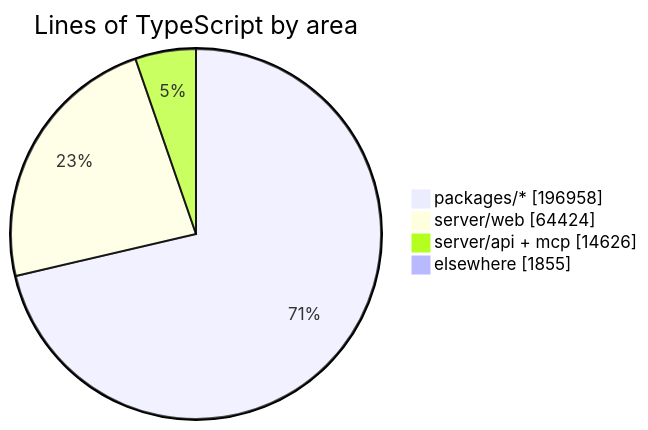
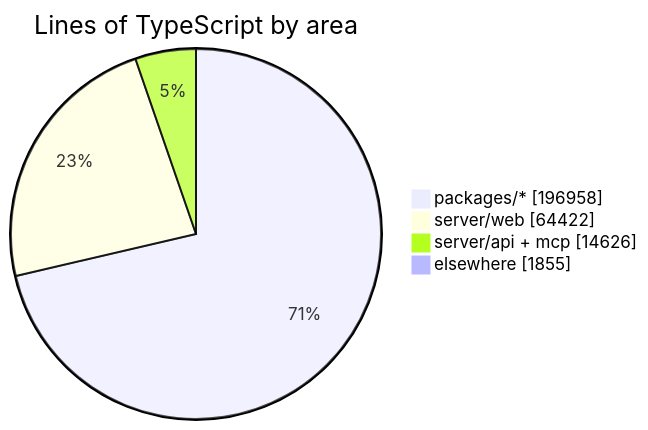
One commit to crossworks-engineering/mantle changed the diagram in README.md. Above: the diagram before and after it, drawn with Mermaid. The commit also changed other lines of this file and 2 other files, not shown here.

````diff
--- a/README.md
+++ b/README.md
@@ -287,7 +287,7 @@
 ```mermaid
 pie showData title Lines of TypeScript by area
     "packages/*" : 196958
-    "server/web" : 64424
+    "server/web" : 64422
     "server/api + mcp" : 14626
     "elsewhere" : 1855
 ```
````
